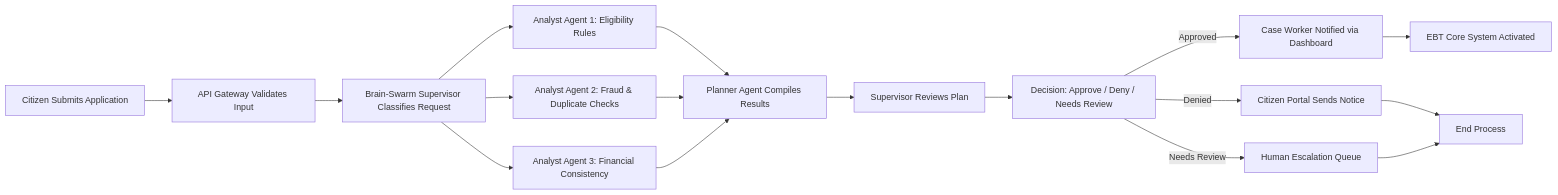
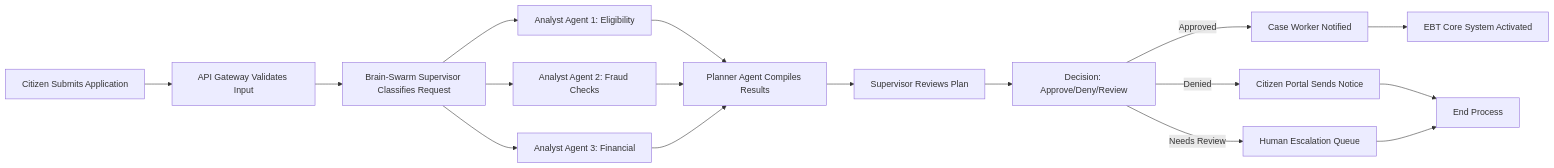
Before and after one commit to jfbinTECHA/brain-swarm: the second of 6 diagrams in docs/EBT_LIVEHEAP_SYSTEM_DESIGN.md, drawn with Mermaid. The commit also changed other lines of this file and 2 other files, not shown here.

Commit message:
Fix Mermaid diagrams for GitHub compatibility (remove emojis and <br> tags)

````diff
--- a/docs/EBT_LIVEHEAP_SYSTEM_DESIGN.md
+++ b/docs/EBT_LIVEHEAP_SYSTEM_DESIGN.md
@@ -52,19 +52,19 @@
 ```mermaid
 flowchart LR
     A[Citizen Submits Application] --> B[API Gateway Validates Input]
     B --> C[Brain-Swarm Supervisor Classifies Request]
-    C --> D1[Analyst Agent 1: Eligibility Rules]
-    C --> D2[Analyst Agent 2: Fraud & Duplicate Checks]
-    C --> D3[Analyst Agent 3: Financial Consistency]
+    C --> D1[Analyst Agent 1: Eligibility]
+    C --> D2[Analyst Agent 2: Fraud Checks]
+    C --> D3[Analyst Agent 3: Financial]
     D1 --> E[Planner Agent Compiles Results]
     D2 --> E
     D3 --> E
     E --> F[Supervisor Reviews Plan]
-    F --> G[Decision: Approve / Deny / Needs Review]
-    G -->|Approved| H[Case Worker Notified via Dashboard]
+    F --> G[Decision: Approve/Deny/Review]
+    G -->|Approved| H[Case Worker Notified]
     G -->|Denied| I[Citizen Portal Sends Notice]
     G -->|Needs Review| J[Human Escalation Queue]
     H --> K[EBT Core System Activated]
     I --> L[End Process]
     J --> L
 ```
````
